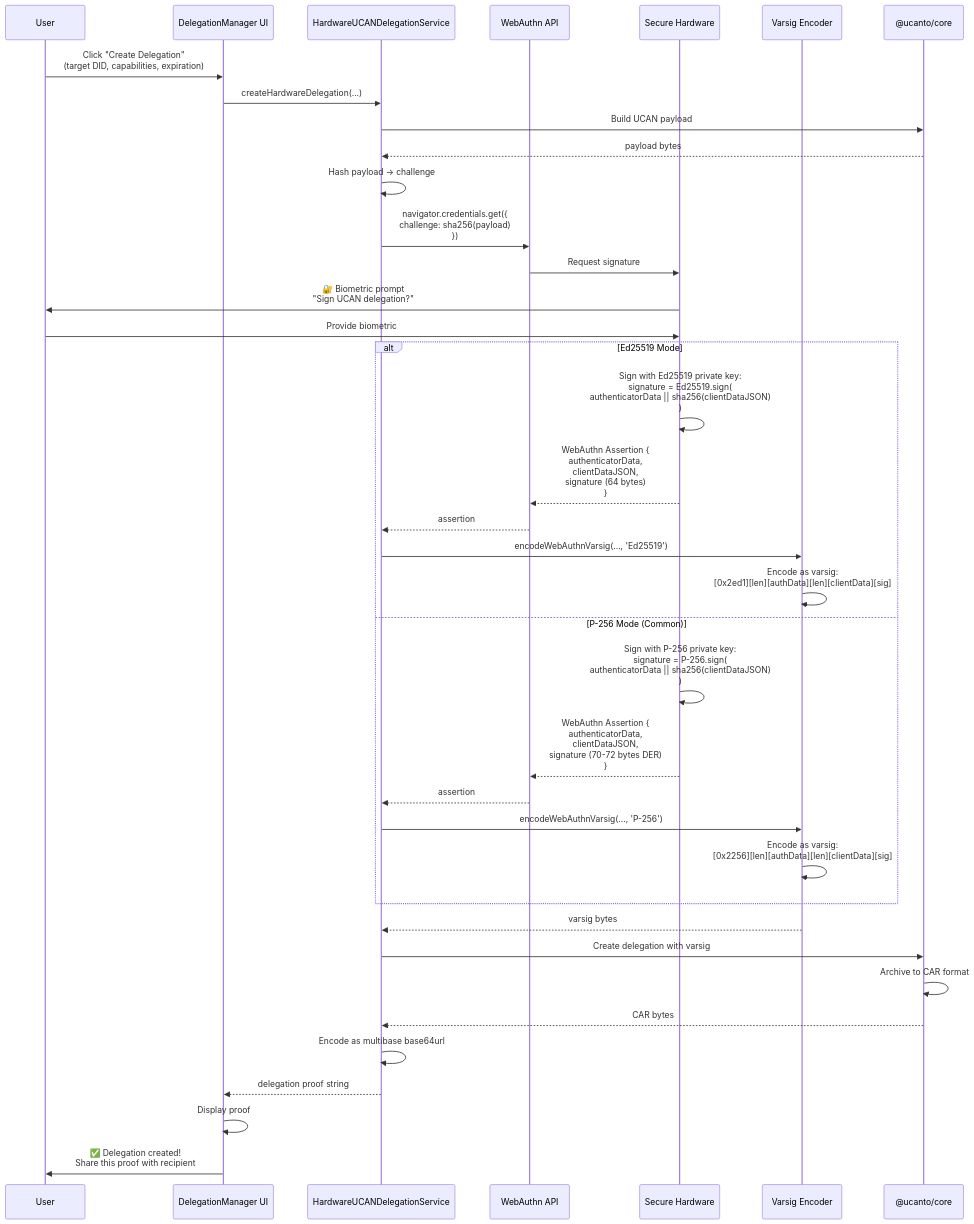
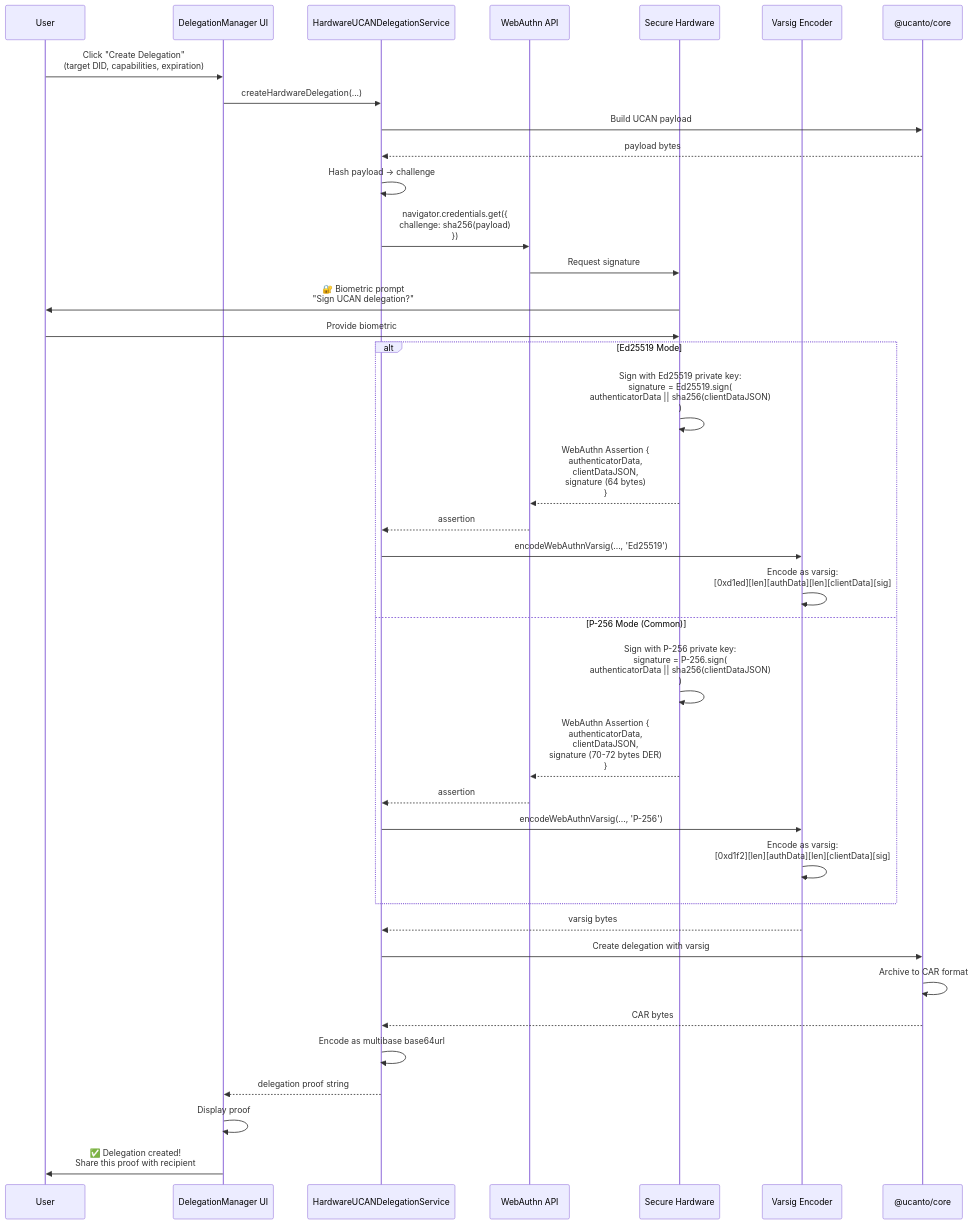
One commit to NiKrause/ucan-upload-wall changed the fourth of 13 diagrams in docs/ARCHITECTURE_FLOW.md. Above: the diagram before and after it, drawn with Mermaid. The commit also changed other lines of this file and 11 other files, not shown here.

````diff
--- a/docs/ARCHITECTURE_FLOW.md
+++ b/docs/ARCHITECTURE_FLOW.md
@@ -236,49 +236,49 @@
 ```mermaid
 sequenceDiagram
     participant User
     participant UI as DelegationManager UI
     participant HardwareService as HardwareUCANDelegationService
     participant Browser as WebAuthn API
     participant Hardware as Secure Hardware
     participant VarsigEncoder as Varsig Encoder
     participant Ucanto as @ucanto/core
 
     User->>UI: Click "Create Delegation"<br/>(target DID, capabilities, expiration)
     UI->>HardwareService: createHardwareDelegation(...)
     
     HardwareService->>Ucanto: Build UCAN payload
     Ucanto-->>HardwareService: payload bytes
     
     HardwareService->>HardwareService: Hash payload → challenge
     HardwareService->>Browser: navigator.credentials.get({<br/>  challenge: sha256(payload)<br/>})
     
     Browser->>Hardware: Request signature
     Hardware->>User: 🔐 Biometric prompt<br/>"Sign UCAN delegation?"
     User->>Hardware: Provide biometric
     
     alt Ed25519 Mode
         Hardware->>Hardware: Sign with Ed25519 private key:<br/>signature = Ed25519.sign(<br/>  authenticatorData || sha256(clientDataJSON)<br/>)
         Hardware-->>Browser: WebAuthn Assertion {<br/>  authenticatorData,<br/>  clientDataJSON,<br/>  signature (64 bytes)<br/>}
         Browser-->>HardwareService: assertion
         HardwareService->>VarsigEncoder: encodeWebAuthnVarsig(..., 'Ed25519')
-        VarsigEncoder->>VarsigEncoder: Encode as varsig:<br/>[0x2ed1][len][authData][len][clientData][sig]
+        VarsigEncoder->>VarsigEncoder: Encode as varsig:<br/>[0xd1ed][len][authData][len][clientData][sig]
     else P-256 Mode (Common)
         Hardware->>Hardware: Sign with P-256 private key:<br/>signature = P-256.sign(<br/>  authenticatorData || sha256(clientDataJSON)<br/>)
         Hardware-->>Browser: WebAuthn Assertion {<br/>  authenticatorData,<br/>  clientDataJSON,<br/>  signature (70-72 bytes DER)<br/>}
         Browser-->>HardwareService: assertion
         HardwareService->>VarsigEncoder: encodeWebAuthnVarsig(..., 'P-256')
-        VarsigEncoder->>VarsigEncoder: Encode as varsig:<br/>[0x2256][len][authData][len][clientData][sig]
+        VarsigEncoder->>VarsigEncoder: Encode as varsig:<br/>[0xd1f2][len][authData][len][clientData][sig]
     end
     
     VarsigEncoder-->>HardwareService: varsig bytes
     
     HardwareService->>Ucanto: Create delegation with varsig
     Ucanto->>Ucanto: Archive to CAR format
     Ucanto-->>HardwareService: CAR bytes
     
     HardwareService->>HardwareService: Encode as multibase base64url
     HardwareService-->>UI: delegation proof string
     
     UI->>UI: Display proof
     UI->>User: ✅ Delegation created!<br/>Share this proof with recipient
 ```
````
